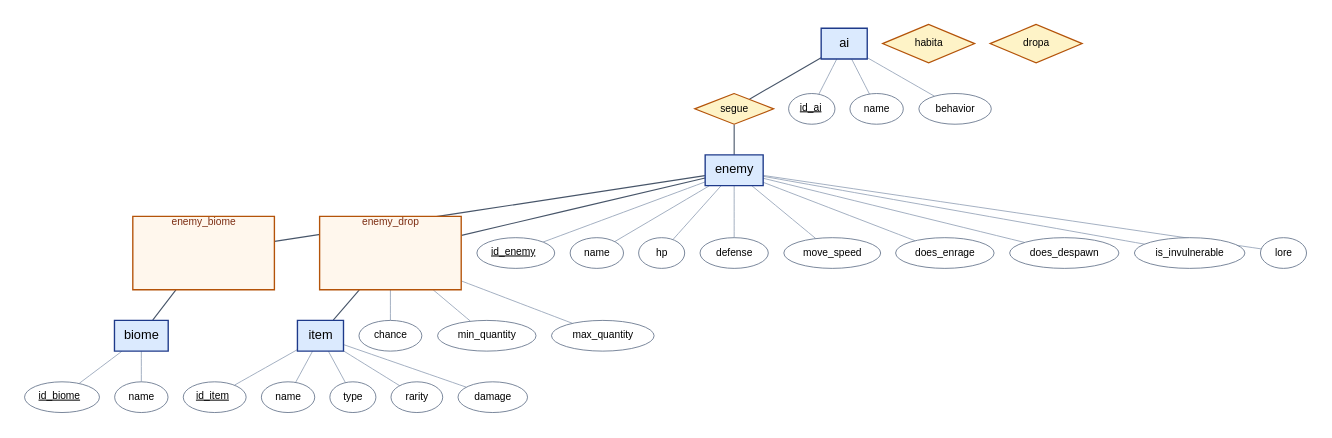
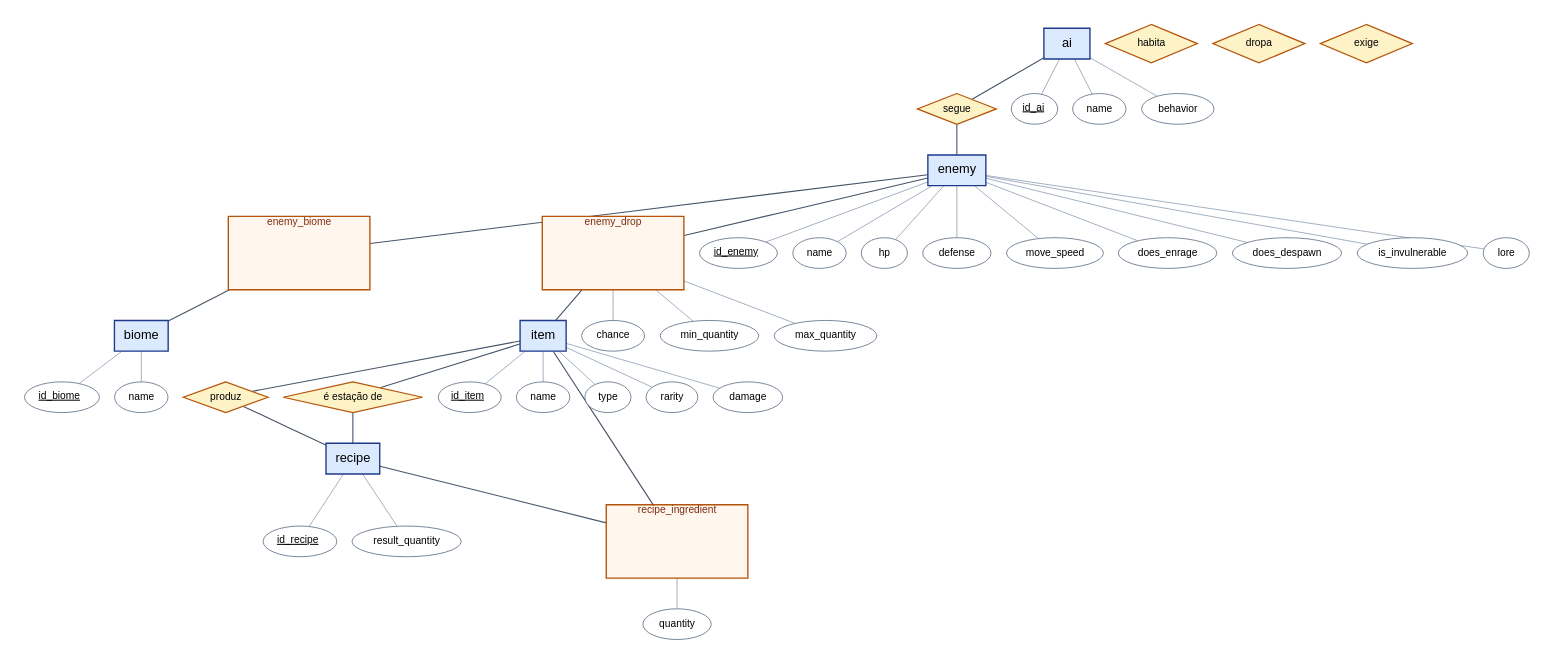
One commit to iruziky/terraria_bd changed the diagram in docs/iteracao2/der.dot. Above: the diagram before and after it, drawn with Graphviz. The commit also changed 1 other file, not shown here.

```diff
--- a/docs/iteracao2/der.dot
+++ b/docs/iteracao2/der.dot
@@ -1,64 +1,81 @@
 graph DER {
   bgcolor="#ffffff"; pad=0.3; splines=line; outputorder=edgesfirst;
   node [fontname="Helvetica", style=filled, fixedsize=false];
   edge [fontname="Helvetica", fontsize=13, fontcolor="#b45309"];
   "ai" [shape=box, fillcolor="#dbeafe", color="#1e3a8a", penwidth=1.6, fontsize=15, pos="1296,0!"];
+  "recipe" [shape=box, fillcolor="#dbeafe", color="#1e3a8a", penwidth=1.6, fontsize=15, pos="324.0,331.2!"];
   "item" [shape=box, fillcolor="#dbeafe", color="#1e3a8a", penwidth=1.6, fontsize=15, pos="756.0,331.2!"];
   "enemy" [shape=box, fillcolor="#dbeafe", color="#1e3a8a", penwidth=1.6, fontsize=15, pos="1296,331.2!"];
   "biome" [shape=box, fillcolor="#dbeafe", color="#1e3a8a", penwidth=1.6, fontsize=15, pos="1656,331.2!"];
   r0 [shape=diamond, label="segue", fillcolor="#fef3c7", color="#b45309", penwidth=1.4, fontsize=12, pos="1296.0,165.6!"];
   "ai" -- r0 [color="#475569", penwidth=1.3];
   r0 -- "enemy" [color="#475569", penwidth=1.3];
   r1b [shape=box, label="enemy_biome", labelloc=t, fixedsize=true, width=2.3, height=1.2, style="filled", fillcolor="#fff7ed", color="#b45309", penwidth=1.6, fontsize=12, fontcolor="#7c2d12", pos="1476.0,331.2!"];
   r1 [shape=diamond, label="habita", fixedsize=true, width=1.5, height=0.62, fillcolor="#fef3c7", color="#b45309", penwidth=1.4, fontsize=12, pos="1476.0,331.2!"];
   "enemy" -- r1b [color="#475569", penwidth=1.3];
   r1b -- "biome" [color="#475569", penwidth=1.3];
   r2b [shape=box, label="enemy_drop", labelloc=t, fixedsize=true, width=2.3, height=1.2, style="filled", fillcolor="#fff7ed", color="#b45309", penwidth=1.6, fontsize=12, fontcolor="#7c2d12", pos="1026.0,331.2!"];
   r2 [shape=diamond, label="dropa", fixedsize=true, width=1.5, height=0.62, fillcolor="#fef3c7", color="#b45309", penwidth=1.4, fontsize=12, pos="1026.0,331.2!"];
   "enemy" -- r2b [color="#475569", penwidth=1.3];
   r2b -- "item" [color="#475569", penwidth=1.3];
+  r3 [shape=diamond, label="produz", fillcolor="#fef3c7", color="#b45309", penwidth=1.4, fontsize=12, pos="540.0,432.0!"];
+  "item" -- r3 [color="#475569", penwidth=1.3];
+  r3 -- "recipe" [color="#475569", penwidth=1.3];
+  r4 [shape=diamond, label="é estação de", fillcolor="#fef3c7", color="#b45309", penwidth=1.4, fontsize=12, pos="540.0,331.2!"];
+  "item" -- r4 [color="#475569", penwidth=1.3];
+  r4 -- "recipe" [color="#475569", penwidth=1.3];
+  r5b [shape=box, label="recipe_ingredient", labelloc=t, fixedsize=true, width=2.3, height=1.2, style="filled", fillcolor="#fff7ed", color="#b45309", penwidth=1.6, fontsize=12, fontcolor="#7c2d12", pos="540.0,230.4!"];
+  r5 [shape=diamond, label="exige", fixedsize=true, width=1.5, height=0.62, fillcolor="#fef3c7", color="#b45309", penwidth=1.4, fontsize=12, pos="540.0,230.4!"];
+  "recipe" -- r5b [color="#475569", penwidth=1.3];
+  r5b -- "item" [color="#475569", penwidth=1.3];
   a0 [shape=ellipse, label=<<u>id_ai</u>>, fillcolor="#ffffff", color="#64748b", fontsize=12, pos="1178.1,13.6!"];
   "ai" -- a0 [color="#94a3b8"];
   a1 [shape=ellipse, label="name", fillcolor="#ffffff", color="#64748b", fontsize=12, pos="1296.0,-69.1!"];
   "ai" -- a1 [color="#94a3b8"];
   a2 [shape=ellipse, label="behavior", fillcolor="#ffffff", color="#64748b", fontsize=12, pos="1421.9,13.6!"];
   "ai" -- a2 [color="#94a3b8"];
-  a3 [shape=ellipse, label=<<u>id_item</u>>, fillcolor="#ffffff", color="#64748b", fontsize=12, pos="821.9,390.1!"];
-  "item" -- a3 [color="#94a3b8"];
-  a4 [shape=ellipse, label="name", fillcolor="#ffffff", color="#64748b", fontsize=12, pos="677.4,419.2!"];
-  "item" -- a4 [color="#94a3b8"];
-  a5 [shape=ellipse, label="type", fillcolor="#ffffff", color="#64748b", fontsize=12, pos="638.5,331.2!"];
+  a3 [shape=ellipse, label=<<u>id_recipe</u>>, fillcolor="#ffffff", color="#64748b", fontsize=12, pos="265.4,393.1!"];
+  "recipe" -- a3 [color="#94a3b8"];
+  a4 [shape=ellipse, label="result_quantity", fillcolor="#ffffff", color="#64748b", fontsize=12, pos="258.1,269.3!"];
+  "recipe" -- a4 [color="#94a3b8"];
+  a5 [shape=ellipse, label=<<u>id_item</u>>, fillcolor="#ffffff", color="#64748b", fontsize=12, pos="832.1,386.2!"];
   "item" -- a5 [color="#94a3b8"];
-  a6 [shape=ellipse, label="rarity", fillcolor="#ffffff", color="#64748b", fontsize=12, pos="674.8,243.2!"];
+  a6 [shape=ellipse, label="name", fillcolor="#ffffff", color="#64748b", fontsize=12, pos="721.9,429.7!"];
   "item" -- a6 [color="#94a3b8"];
-  a7 [shape=ellipse, label="damage", fillcolor="#ffffff", color="#64748b", fontsize=12, pos="820.4,272.3!"];
+  a7 [shape=ellipse, label="type", fillcolor="#ffffff", color="#64748b", fontsize=12, pos="714.9,266.5!"];
   "item" -- a7 [color="#94a3b8"];
-  a8 [shape=ellipse, label=<<u>id_enemy</u>>, fillcolor="#ffffff", color="#64748b", fontsize=12, pos="1427.8,400.3!"];
-  "enemy" -- a8 [color="#94a3b8"];
-  a9 [shape=ellipse, label="name", fillcolor="#ffffff", color="#64748b", fontsize=12, pos="1399.3,442.3!"];
-  "enemy" -- a9 [color="#94a3b8"];
-  a10 [shape=ellipse, label="hp", fillcolor="#ffffff", color="#64748b", fontsize=12, pos="1327.0,427.5!"];
+  a8 [shape=ellipse, label="rarity", fillcolor="#ffffff", color="#64748b", fontsize=12, pos="792.1,232.8!"];
+  "item" -- a8 [color="#94a3b8"];
+  a9 [shape=ellipse, label="damage", fillcolor="#ffffff", color="#64748b", fontsize=12, pos="843.7,282.8!"];
+  "item" -- a9 [color="#94a3b8"];
+  a10 [shape=ellipse, label=<<u>id_enemy</u>>, fillcolor="#ffffff", color="#64748b", fontsize=12, pos="1427.8,400.3!"];
   "enemy" -- a10 [color="#94a3b8"];
-  a11 [shape=ellipse, label="defense", fillcolor="#ffffff", color="#64748b", fontsize=12, pos="1256.6,458.7!"];
+  a11 [shape=ellipse, label="name", fillcolor="#ffffff", color="#64748b", fontsize=12, pos="1399.3,442.3!"];
   "enemy" -- a11 [color="#94a3b8"];
-  a12 [shape=ellipse, label="move_speed", fillcolor="#ffffff", color="#64748b", fontsize=12, pos="1225.5,415.1!"];
+  a12 [shape=ellipse, label="hp", fillcolor="#ffffff", color="#64748b", fontsize=12, pos="1327.0,427.5!"];
   "enemy" -- a12 [color="#94a3b8"];
-  a13 [shape=ellipse, label="does_enrage", fillcolor="#ffffff", color="#64748b", fontsize=12, pos="1114.1,441.4!"];
+  a13 [shape=ellipse, label="defense", fillcolor="#ffffff", color="#64748b", fontsize=12, pos="1256.6,458.7!"];
   "enemy" -- a13 [color="#94a3b8"];
-  a14 [shape=ellipse, label="does_despawn", fillcolor="#ffffff", color="#64748b", fontsize=12, pos="1152.1,262.1!"];
+  a14 [shape=ellipse, label="move_speed", fillcolor="#ffffff", color="#64748b", fontsize=12, pos="1225.5,415.1!"];
   "enemy" -- a14 [color="#94a3b8"];
-  a15 [shape=ellipse, label="is_invulnerable", fillcolor="#ffffff", color="#64748b", fontsize=12, pos="1158.7,221.0!"];
+  a15 [shape=ellipse, label="does_enrage", fillcolor="#ffffff", color="#64748b", fontsize=12, pos="1114.1,441.4!"];
   "enemy" -- a15 [color="#94a3b8"];
-  a16 [shape=ellipse, label="lore", fillcolor="#ffffff", color="#64748b", fontsize=12, pos="1407.1,262.0!"];
+  a16 [shape=ellipse, label="does_despawn", fillcolor="#ffffff", color="#64748b", fontsize=12, pos="1152.1,262.1!"];
   "enemy" -- a16 [color="#94a3b8"];
-  a17 [shape=ellipse, label=<<u>id_biome</u>>, fillcolor="#ffffff", color="#64748b", fontsize=12, pos="1687.1,264.1!"];
-  "biome" -- a17 [color="#94a3b8"];
-  a18 [shape=ellipse, label="name", fillcolor="#ffffff", color="#64748b", fontsize=12, pos="1684.4,398.3!"];
-  "biome" -- a18 [color="#94a3b8"];
-  a19 [shape=ellipse, label="chance", fillcolor="#ffffff", color="#64748b", fontsize=12, pos="1093.4,400.3!"];
-  r2b -- a19 [color="#94a3b8"];
-  a20 [shape=ellipse, label="min_quantity", fillcolor="#ffffff", color="#64748b", fontsize=12, pos="950.1,400.3!"];
-  r2b -- a20 [color="#94a3b8"];
-  a21 [shape=ellipse, label="max_quantity", fillcolor="#ffffff", color="#64748b", fontsize=12, pos="1026.0,256.3!"];
+  a17 [shape=ellipse, label="is_invulnerable", fillcolor="#ffffff", color="#64748b", fontsize=12, pos="1158.7,221.0!"];
+  "enemy" -- a17 [color="#94a3b8"];
+  a18 [shape=ellipse, label="lore", fillcolor="#ffffff", color="#64748b", fontsize=12, pos="1407.1,262.0!"];
+  "enemy" -- a18 [color="#94a3b8"];
+  a19 [shape=ellipse, label=<<u>id_biome</u>>, fillcolor="#ffffff", color="#64748b", fontsize=12, pos="1687.1,264.1!"];
+  "biome" -- a19 [color="#94a3b8"];
+  a20 [shape=ellipse, label="name", fillcolor="#ffffff", color="#64748b", fontsize=12, pos="1684.4,398.3!"];
+  "biome" -- a20 [color="#94a3b8"];
+  a21 [shape=ellipse, label="chance", fillcolor="#ffffff", color="#64748b", fontsize=12, pos="1093.4,400.3!"];
   r2b -- a21 [color="#94a3b8"];
+  a22 [shape=ellipse, label="min_quantity", fillcolor="#ffffff", color="#64748b", fontsize=12, pos="950.1,400.3!"];
+  r2b -- a22 [color="#94a3b8"];
+  a23 [shape=ellipse, label="max_quantity", fillcolor="#ffffff", color="#64748b", fontsize=12, pos="1026.0,256.3!"];
+  r2b -- a23 [color="#94a3b8"];
+  a24 [shape=ellipse, label="quantity", fillcolor="#ffffff", color="#64748b", fontsize=12, pos="540.0,155.5!"];
+  r5b -- a24 [color="#94a3b8"];
 }
```
